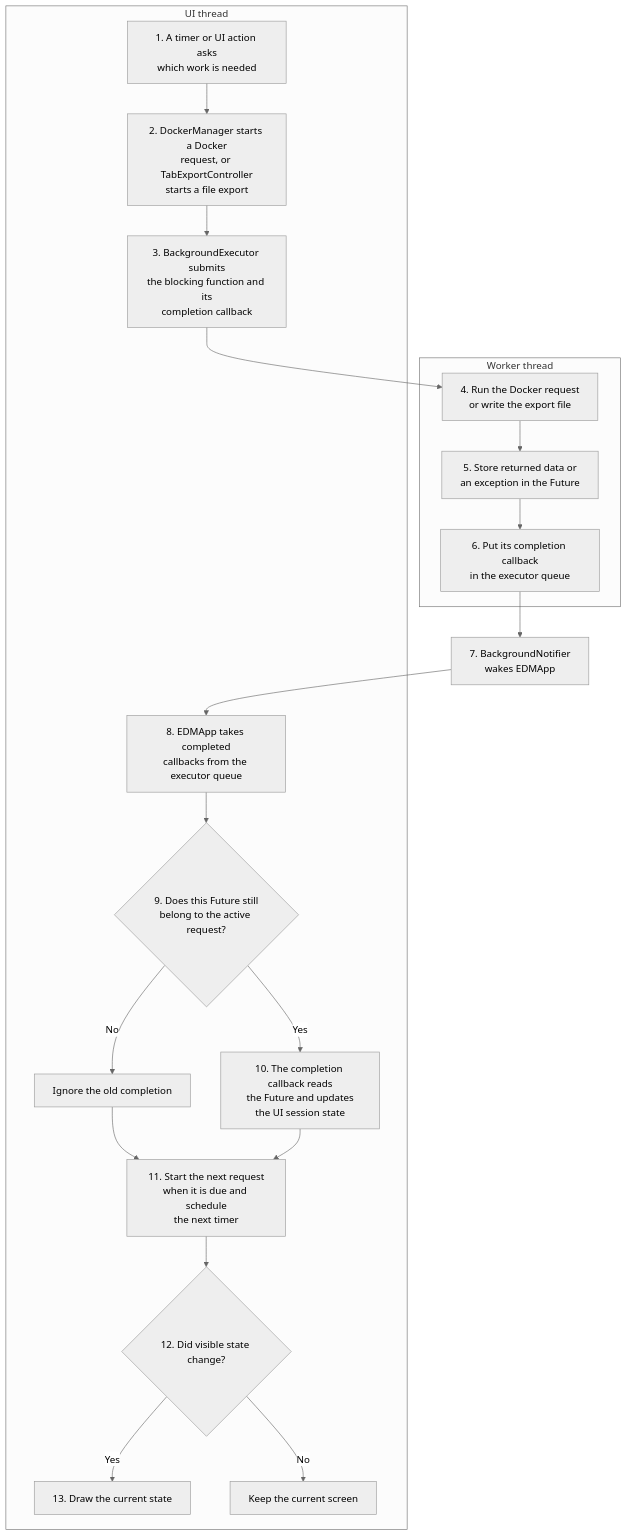
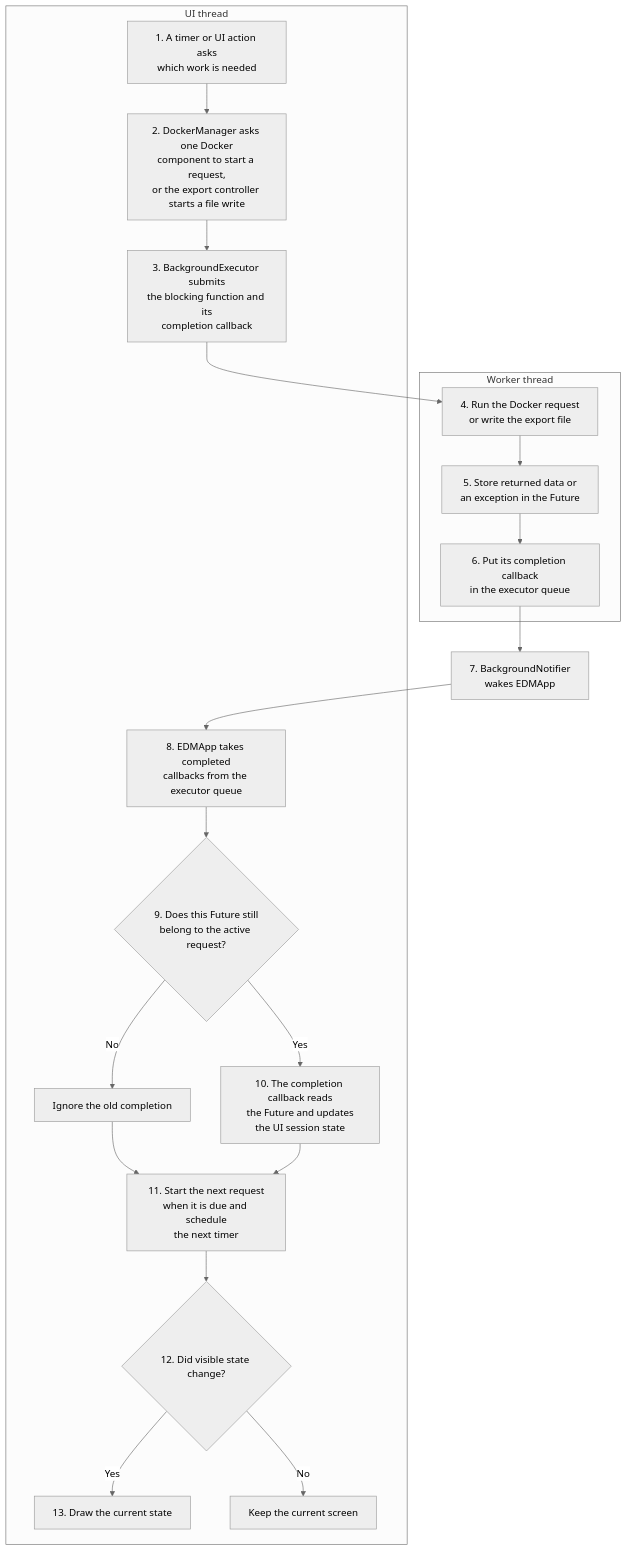
Before and after one commit to arabnejad/edm: the fourth of 5 diagrams in DEVELOPMENT_GUIDE.md, drawn with Mermaid (neutral theme). The commit also changed other lines of this file and 9 other files, not shown here.

First line of the commit message:
Split DockerManager workflows

````diff
--- a/DEVELOPMENT_GUIDE.md
+++ b/DEVELOPMENT_GUIDE.md
@@ -326,33 +347,33 @@
 ```mermaid
 flowchart TD
     subgraph UI[UI thread]
         Check[1. A timer or UI action asks<br/>which work is needed]
-        Choose[2. DockerManager starts a Docker<br/>request, or TabExportController<br/>starts a file export]
+        Choose[2. DockerManager asks one Docker<br/>component to start a request,<br/>or the export controller starts a file write]
         Submit[3. BackgroundExecutor submits<br/>the blocking function and its<br/>completion callback]
         Receive[8. EDMApp takes completed<br/>callbacks from the executor queue]
         Current{9. Does this Future still<br/>belong to the active request?}
         Discard[Ignore the old completion]
         Apply[10. The completion callback reads<br/>the Future and updates<br/>the UI session state]
         Schedule[11. Start the next request<br/>when it is due and schedule<br/>the next timer]
         Changed{12. Did visible state change?}
         Draw[13. Draw the current state]
         Keep[Keep the current screen]
     end
 
     subgraph Worker[Worker thread]
         Request[4. Run the Docker request<br/>or write the export file]
         Finish[5. Store returned data or<br/>an exception in the Future]
         Queue[6. Put its completion callback<br/>in the executor queue]
     end
 
     Notify[7. BackgroundNotifier<br/>wakes EDMApp]
 
     Check --> Choose --> Submit --> Request
     Request --> Finish --> Queue --> Notify --> Receive
     Receive --> Current
     Current -- No --> Discard --> Schedule
     Current -- Yes --> Apply --> Schedule
     Schedule --> Changed
     Changed -- Yes --> Draw
     Changed -- No --> Keep
 ```
````
